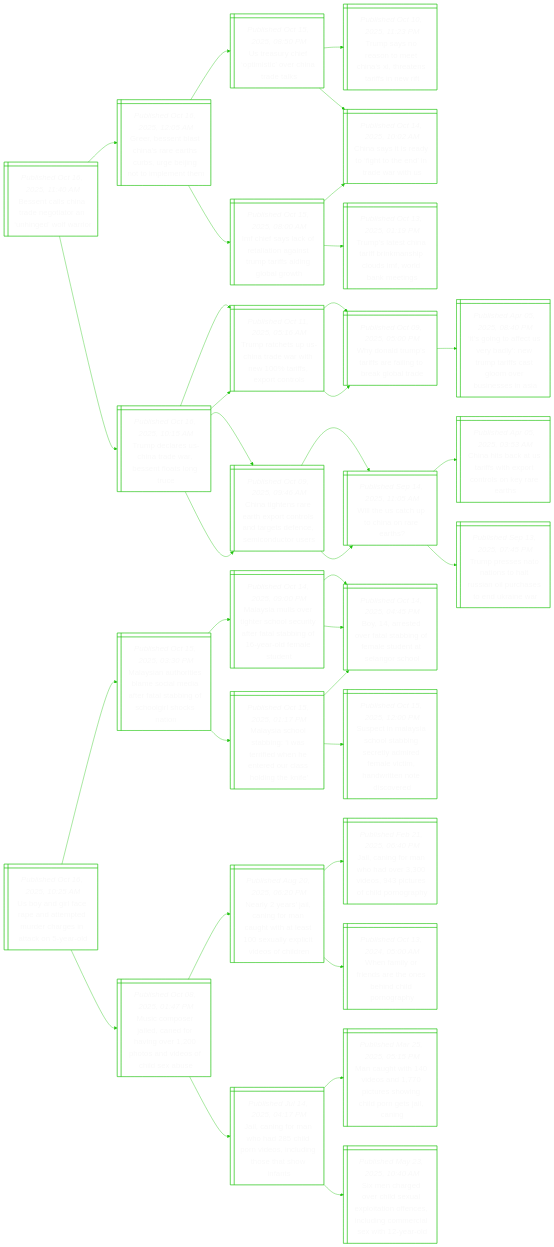
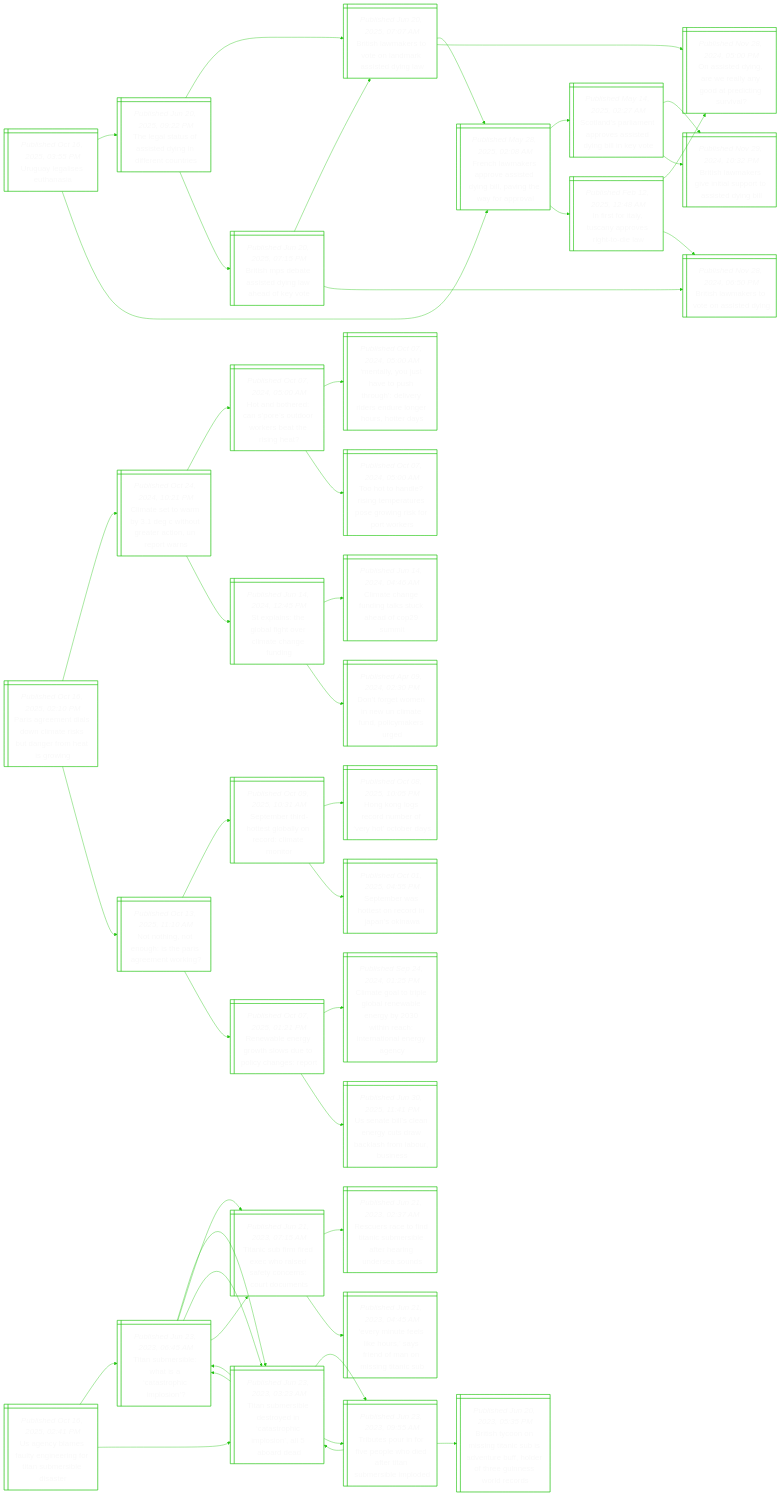
One commit to notJmes/notJmes changed the diagram in README.md. Above: the diagram before and after it, drawn with Mermaid. The commit also changed other lines of this file, not shown here.

````diff
--- a/README.md
+++ b/README.md
@@ -16,115 +16,142 @@
 flowchart LR
 classDef txtsize font-size:20px;
 
-Bnlndoonefi@{ shape: win-pane, label: "_Published Oct 16, 2025, 11:40 AM_
-Bessent calls china trade negotiator an ‘unhinged’ wolf warrior" }
-GBnsnrtrgjomee@{ shape: win-pane, label: "_Published Oct 16, 2025, 12:05 AM_
-Greer, bessent blast china’s rare earths curbs, urge beijing not to implement them" }
-Uacoiohra@{ shape: win-pane, label: "_Published Oct 15, 2025, 08:50 PM_
-Us treasury chief ‘optimistic’ over china trade talks" }
-Tsooeiiatfet@{ shape: win-pane, label: "_Published Oct 10, 2025, 11:23 PM_
-Trump says no reason to meet china's xi, threatens tariffs in new rift" }
-Cstaftetwt@{ shape: win-pane, label: "_Published Oct 14, 2025, 10:02 AM_
-China says it is ready to ‘fight to the end’ in trade war with us" }
-Iiykttgtpfdlgh@{ shape: win-pane, label: "_Published Oct 15, 2025, 08:00 AM_
-Imf chief says lack of retaliation against trump tariffs aiding global growth" }
-Tssniincsoaes@{ shape: win-pane, label: "_Published Oct 13, 2025, 01:19 PM_
-Trump’s latest china tariff brinkmanship clouds imf, world bank meetings" }
-Cstaftetwt@{ shape: win-pane, label: "_Published Oct 14, 2025, 10:02 AM_
-China says it is ready to ‘fight to the end’ in trade war with us" }
-TdrCtwsfst@{ shape: win-pane, label: "_Published Oct 16, 2025, 10:15 AM_
-Trump declares us-china trade war, bessent floats long truce" }
-TreUndweixco@{ shape: win-pane, label: "_Published Oct 11, 2025, 05:16 AM_
-Trump ratchets up us-china trade war with new 100% tariffs, export controls" }
-Wnrtffnrlt@{ shape: win-pane, label: "_Published Oct 09, 2025, 05:00 PM_
-Why donald trump’s tariffs are failing to break global trade" }
-Ctertonsasnmdrs@{ shape: win-pane, label: "_Published Oct 09, 2025, 09:46 AM_
-China tightens rare earth export controls and targets defence, semiconductor users" }
-Whapira@{ shape: win-pane, label: "_Published Sep 14, 2025, 11:05 AM_
-Will the us catch up to china on rare earths?" }
+Uaasaa@{ shape: win-pane, label: "_Published Oct 16, 2025, 03:55 PM_
+Uruguay legalises euthanasia" }
+Tgafsynecr@{ shape: win-pane, label: "_Published Jun 20, 2025, 09:22 PM_
+The legal status of assisted dying in different countries" }
+Bsmstaridl@{ shape: win-pane, label: "_Published Jun 20, 2025, 07:07 AM_
+British lawmakers to vote on landmark assisted dying law" }
+FhaavidBatypa@{ shape: win-pane, label: "_Published May 28, 2025, 02:08 AM_
+French lawmakers approve assisted dying bill, paving the way for approval" }
+Oidaryopcsv@{ shape: win-pane, label: "_Published Nov 28, 2024, 05:00 PM_
+On assisted dying, are we really any good at predicting survival?" }
+Bsdesyaaee@{ shape: win-pane, label: "_Published Jun 20, 2025, 07:15 PM_
+British mps debate assisted dying law ahead of key vote" }
+Bsmstaridl@{ shape: win-pane, label: "_Published Jun 20, 2025, 07:07 AM_
+British lawmakers to vote on landmark assisted dying law" }
+Bsmstsen@{ shape: win-pane, label: "_Published Nov 28, 2024, 06:50 PM_
+British lawmakers to vote on assisted dying" }
+FhaavidBatypa@{ shape: win-pane, label: "_Published May 28, 2025, 02:08 AM_
+French lawmakers approve assisted dying bill, paving the way for approval" }
+SaampeidBno@{ shape: win-pane, label: "_Published May 14, 2025, 02:27 AM_
+Scotland’s parliament approves assisted dying bill in key vote" }
+Bsmsiaposyi@{ shape: win-pane, label: "_Published Nov 29, 2024, 10:32 PM_
+British lawmakers give initial support to assisted dying bill" }
+Bsmsiaposyi@{ shape: win-pane, label: "_Published Nov 29, 2024, 10:32 PM_
+British lawmakers give initial support to assisted dying bill" }
+IsITnrrtl@{ shape: win-pane, label: "_Published Feb 12, 2025, 12:48 AM_
+In first for italy, tuscany approves right-to-die law" }
+Oidaryopcsv@{ shape: win-pane, label: "_Published Nov 28, 2024, 05:00 PM_
+On assisted dying, are we really any good at predicting survival?" }
+Bsmstsen@{ shape: win-pane, label: "_Published Nov 28, 2024, 06:50 PM_
+British lawmakers to vote on assisted dying" }
 
-Bnlndoonefi:::txtsize --> GBnsnrtrgjomee:::txtsize
-GBnsnrtrgjomee:::txtsize --> Uacoiohra:::txtsize
-Uacoiohra:::txtsize --> Tsooeiiatfet:::txtsize
-Uacoiohra:::txtsize --> Cstaftetwt:::txtsize
-GBnsnrtrgjomee:::txtsize --> Iiykttgtpfdlgh:::txtsize
-Iiykttgtpfdlgh:::txtsize --> Tssniincsoaes:::txtsize
-Iiykttgtpfdlgh:::txtsize --> Cstaftetwt:::txtsize
-Bnlndoonefi:::txtsize --> TdrCtwsfst:::txtsize
-TdrCtwsfst:::txtsize --> TreUndweixco:::txtsize
-TreUndweixco:::txtsize --> Wnrtffnrlt:::txtsize
-TdrCtwsfst:::txtsize --> Ctertonsasnmdrs:::txtsize
-Ctertonsasnmdrs:::txtsize --> Whapira:::txtsize
+Uaasaa:::txtsize --> Tgafsynecr:::txtsize
+Tgafsynecr:::txtsize --> Bsmstaridl:::txtsize
+Bsmstaridl:::txtsize --> FhaavidBatypa:::txtsize
+Bsmstaridl:::txtsize --> Oidaryopcsv:::txtsize
+Tgafsynecr:::txtsize --> Bsdesyaaee:::txtsize
+Bsdesyaaee:::txtsize --> Bsmstaridl:::txtsize
+Bsdesyaaee:::txtsize --> Bsmstsen:::txtsize
+Uaasaa:::txtsize --> FhaavidBatypa:::txtsize
+FhaavidBatypa:::txtsize --> SaampeidBno:::txtsize
+SaampeidBno:::txtsize --> Bsmsiaposyi:::txtsize
+SaampeidBno:::txtsize --> Bsmsiaposyi:::txtsize
+FhaavidBatypa:::txtsize --> IsITnrrtl:::txtsize
+IsITnrrtl:::txtsize --> Oidaryopcsv:::txtsize
+IsITnrrtl:::txtsize --> Bsmstsen:::txtsize
 
-Uareatedaiayl@{ shape: win-pane, label: "_Published Oct 16, 2025, 10:25 AM_
-Us boy and girl face rape and attempted murder charges in attack on 5-year-old" }
-Msuibslarlbfolki@{ shape: win-pane, label: "_Published Oct 15, 2025, 03:30 PM_
-Malaysian authorities blame social media after fatal stabbing of schoolgirl shocks nation" }
-Mslehcsittagafee@{ shape: win-pane, label: "_Published Oct 14, 2025, 09:00 PM_
-Malaysia mulls over tighter school security after fatal stabbing of 16-year-old female student" }
-BrdfsifeeSgh@{ shape: win-pane, label: "_Published Oct 14, 2025, 04:45 PM_
-Boy, 14, arrested over fatal stabbing of female student at selangor school" }
-BrdfsifeeSgh@{ shape: win-pane, label: "_Published Oct 14, 2025, 04:45 PM_
-Boy, 14, arrested over fatal stabbing of female student at selangor school" }
-Mshtnsiwerrsiee@{ shape: win-pane, label: "_Published Oct 15, 2025, 01:17 PM_
-Malaysia school stabbing: ‘i was terrified when he entered our class holding the knife’" }
-BrdfsifeeSgh@{ shape: win-pane, label: "_Published Oct 14, 2025, 04:45 PM_
-Boy, 14, arrested over fatal stabbing of female student at selangor school" }
-Scaioageddltntosr@{ shape: win-pane, label: "_Published Oct 15, 2025, 12:00 PM_
-Suspect in malaysia school stabbing secretly admired female victim, handwritten note discovered" }
-Mcsiaoietdohes@{ shape: win-pane, label: "_Published Oct 08, 2025, 01:47 PM_
-Music composer jailed, caned for having over 1,200 photos and videos of child sex abuse" }
-Nyscgagteellvsin@{ shape: win-pane, label: "_Published Aug 20, 2025, 06:20 PM_
-Nearly 2 years’ jail, caning for man caught with at least 100 sexually explicit videos of children" }
-Jafnarotolnp@{ shape: win-pane, label: "_Published Feb 21, 2025, 06:40 PM_
-Jail, caning for man who had over 3,300 videos, 943 pictures of child pornography" }
-Waoeroecpgy@{ shape: win-pane, label: "_Published Oct 13, 2024, 05:00 AM_
-When family or friends are the ones behind child pornography" }
-Jafnalnolgesns@{ shape: win-pane, label: "_Published Jul 14, 2025, 04:17 PM_
-Jail, caning for man who had 285 child porn videos, including those that show infants" }
-Muidntsnlnja@{ shape: win-pane, label: "_Published Mar 25, 2025, 05:15 PM_
-Man caught with 140 videos and 1,770 pictures showing child porn gets jail, caning" }
-Sngelupaoccnmawed@{ shape: win-pane, label: "_Published May 23, 2025, 10:40 AM_
-Six men charged over child sexual exploitation offences, including commercial sex with 12-year-old" }
+Unaaeegiusdt@{ shape: win-pane, label: "_Published Oct 16, 2025, 02:41 PM_
+Us agency blames faulty engineering for titan submersible disaster" }
+Tsreitois@{ shape: win-pane, label: "_Published Jun 23, 2023, 06:45 AM_
+Titan submersible: what is a ‘catastrophic implosion’?" }
+Tsreriapmilrd@{ shape: win-pane, label: "_Published Jun 23, 2023, 03:23 AM_
+Titan submersible destroyed in ‘catastrophic implosion’, all 5 aboard dead" }
+Ttuoeldfiusid@{ shape: win-pane, label: "_Published Jun 23, 2023, 09:55 AM_
+Tributes pour in for five people who died after titan submersible imploded" }
+Tsreitois@{ shape: win-pane, label: "_Published Jun 23, 2023, 06:45 AM_
+Titan submersible: what is a ‘catastrophic implosion’?" }
+Tifixoeenstm@{ shape: win-pane, label: "_Published Jun 21, 2023, 07:15 AM_
+Titanic sub firm fired exec who raised safety concerns: court documents" }
+Recitsreridad@{ shape: win-pane, label: "_Published Jun 21, 2023, 02:37 AM_
+Rescuers race to find titanic submersible after hearing undersea sounds" }
+Emeshsroosic@{ shape: win-pane, label: "_Published Jun 21, 2023, 04:45 AM_
+‘every minute feels like hours,’ says friend of man on missing titanic sub" }
+Tsreriapmilrd@{ shape: win-pane, label: "_Published Jun 23, 2023, 03:23 AM_
+Titan submersible destroyed in ‘catastrophic implosion’, all 5 aboard dead" }
+Ttuoeldfiusid@{ shape: win-pane, label: "_Published Jun 23, 2023, 09:55 AM_
+Tributes pour in for five people who died after titan submersible imploded" }
+Tsreriapmilrd@{ shape: win-pane, label: "_Published Jun 23, 2023, 03:23 AM_
+Titan submersible destroyed in ‘catastrophic implosion’, all 5 aboard dead" }
+BsomnaudufdtGerc@{ shape: win-pane, label: "_Published Jun 20, 2023, 05:35 PM_
+British tycoon on missing titanic sub is adventure buff, holder of three guinness world records" }
+Tsreitois@{ shape: win-pane, label: "_Published Jun 23, 2023, 06:45 AM_
+Titan submersible: what is a ‘catastrophic implosion’?" }
+Tsreriapmilrd@{ shape: win-pane, label: "_Published Jun 23, 2023, 03:23 AM_
+Titan submersible destroyed in ‘catastrophic implosion’, all 5 aboard dead" }
+Tifixoeenstm@{ shape: win-pane, label: "_Published Jun 21, 2023, 07:15 AM_
+Titanic sub firm fired exec who raised safety concerns: court documents" }
 
-Uareatedaiayl:::txtsize --> Msuibslarlbfolki:::txtsize
-Msuibslarlbfolki:::txtsize --> Mslehcsittagafee:::txtsize
-Mslehcsittagafee:::txtsize --> BrdfsifeeSgh:::txtsize
-Mslehcsittagafee:::txtsize --> BrdfsifeeSgh:::txtsize
-Msuibslarlbfolki:::txtsize --> Mshtnsiwerrsiee:::txtsize
-Mshtnsiwerrsiee:::txtsize --> BrdfsifeeSgh:::txtsize
-Mshtnsiwerrsiee:::txtsize --> Scaioageddltntosr:::txtsize
-Uareatedaiayl:::txtsize --> Mcsiaoietdohes:::txtsize
-Mcsiaoietdohes:::txtsize --> Nyscgagteellvsin:::txtsize
-Nyscgagteellvsin:::txtsize --> Jafnarotolnp:::txtsize
-Nyscgagteellvsin:::txtsize --> Waoeroecpgy:::txtsize
-Mcsiaoietdohes:::txtsize --> Jafnalnolgesns:::txtsize
-Jafnalnolgesns:::txtsize --> Muidntsnlnja:::txtsize
-Jafnalnolgesns:::txtsize --> Sngelupaoccnmawed:::txtsize
+Unaaeegiusdt:::txtsize --> Tsreitois:::txtsize
+Tsreitois:::txtsize --> Tsreriapmilrd:::txtsize
+Tsreriapmilrd:::txtsize --> Ttuoeldfiusid:::txtsize
+Tsreriapmilrd:::txtsize --> Tsreitois:::txtsize
+Tsreitois:::txtsize --> Tifixoeenstm:::txtsize
+Tifixoeenstm:::txtsize --> Recitsreridad:::txtsize
+Tifixoeenstm:::txtsize --> Emeshsroosic:::txtsize
+Unaaeegiusdt:::txtsize --> Tsreriapmilrd:::txtsize
+Tsreriapmilrd:::txtsize --> Ttuoeldfiusid:::txtsize
+Ttuoeldfiusid:::txtsize --> Tsreriapmilrd:::txtsize
+Ttuoeldfiusid:::txtsize --> BsomnaudufdtGerc:::txtsize
+Tsreriapmilrd:::txtsize --> Tsreitois:::txtsize
+Tsreitois:::txtsize --> Tsreriapmilrd:::txtsize
+Tsreitois:::txtsize --> Tifixoeenstm:::txtsize
 
-TdrCtwsfst@{ shape: win-pane, label: "_Published Oct 16, 2025, 10:15 AM_
-Trump declares us-china trade war, bessent floats long truce" }
-TreUndweixco@{ shape: win-pane, label: "_Published Oct 11, 2025, 05:16 AM_
-Trump ratchets up us-china trade war with new 100% tariffs, export controls" }
-Wnrtffnrlt@{ shape: win-pane, label: "_Published Oct 09, 2025, 05:00 PM_
-Why donald trump’s tariffs are failing to break global trade" }
-IiatrlTtftmbeia@{ shape: win-pane, label: "_Published Apr 05, 2025, 08:40 PM_
-‘it’s going to affect us very badly’: new trump tariffs cast gloom over businesses in asia" }
-Ctertonsasnmdrs@{ shape: win-pane, label: "_Published Oct 09, 2025, 09:46 AM_
-China tightens rare earth export controls and targets defence, semiconductor users" }
-Whapira@{ shape: win-pane, label: "_Published Sep 14, 2025, 11:05 AM_
-Will the us catch up to china on rare earths?" }
-ChaUiipoleeh@{ shape: win-pane, label: "_Published Apr 05, 2025, 03:53 AM_
-China hits back at us tariffs with export controls on key rare earths" }
-Tpeoohunuserw@{ shape: win-pane, label: "_Published Sep 13, 2025, 07:45 PM_
-Trump presses nato nations to halt russian oil purchases to end ukraine war" }
+PAmioirbnrarg@{ shape: win-pane, label: "_Published Oct 16, 2025, 02:10 PM_
+Paris agreement dials down climate risks but danger from heat is growing" }
+Cttmghrroew@{ shape: win-pane, label: "_Published Oct 24, 2024, 10:21 PM_
+Climate set to warm by 3.1 deg c without greater action, un report warns" }
+Hdeartwrtih@{ shape: win-pane, label: "_Published Oct 07, 2024, 05:00 AM_
+Hot and bothered: can s’pore’s outdoor workers beat the rising heat?" }
+Mluhotgirsrguta@{ shape: win-pane, label: "_Published Oct 07, 2024, 05:00 AM_
+‘mentally, you just have to push through’: delivery riders endure longer hours, hotter days" }
+Ttnitreeispos@{ shape: win-pane, label: "_Published Oct 07, 2024, 05:00 AM_
+Too hot to handle? rising temperatures pose growing risk for port workers" }
+SlToivicei@{ shape: win-pane, label: "_Published Jun 14, 2024, 12:45 PM_
+St explains: the global fight over climate change funding" }
+Ctnntsaost@{ shape: win-pane, label: "_Published Jun 14, 2024, 04:46 AM_
+Climate change funding talks stuck ahead of cop29 summit" }
+DowiUmulau@{ shape: win-pane, label: "_Published Apr 09, 2024, 02:30 PM_
+Don’t forget women in new un climate fund, policymakers urged" }
+Ntnosager@{ shape: win-pane, label: "_Published Oct 13, 2025, 11:10 AM_
+Not nothing, not enough: is the paris agreement working?" }
+Smhotanrmor@{ shape: win-pane, label: "_Published Oct 09, 2025, 10:31 AM_
+September third-hottest globally on record: climate monitor" }
+Hogomfhtd@{ shape: win-pane, label: "_Published Oct 08, 2025, 10:05 PM_
+Hong kong logs record number of ‘very hot’ october days" }
+SmatnraOw@{ shape: win-pane, label: "_Published Oct 01, 2025, 04:55 PM_
+September was hottest on record in japan’s okinawa" }
+Ranghsocne@{ shape: win-pane, label: "_Published Oct 07, 2025, 01:21 PM_
+Renewable energy growth slows due to policy changes: report" }
+Ctlilranbhattlgn@{ shape: win-pane, label: "_Published Sep 24, 2024, 01:25 PM_
+Climate goal to triple global renewable energy by 2030 within reach: international energy agency" }
+Ualeeuakfabe@{ shape: win-pane, label: "_Published Jun 30, 2025, 11:41 PM_
+Us senate bill’s clean energy cuts draw backlash from labour, business" }
 
-TdrCtwsfst:::txtsize --> TreUndweixco:::txtsize
-TreUndweixco:::txtsize --> Wnrtffnrlt:::txtsize
-Wnrtffnrlt:::txtsize --> IiatrlTtftmbeia:::txtsize
-TdrCtwsfst:::txtsize --> Ctertonsasnmdrs:::txtsize
-Ctertonsasnmdrs:::txtsize --> Whapira:::txtsize
-Whapira:::txtsize --> ChaUiipoleeh:::txtsize
-Whapira:::txtsize --> Tpeoohunuserw:::txtsize
+PAmioirbnrarg:::txtsize --> Cttmghrroew:::txtsize
+Cttmghrroew:::txtsize --> Hdeartwrtih:::txtsize
+Hdeartwrtih:::txtsize --> Mluhotgirsrguta:::txtsize
+Hdeartwrtih:::txtsize --> Ttnitreeispos:::txtsize
+Cttmghrroew:::txtsize --> SlToivicei:::txtsize
+SlToivicei:::txtsize --> Ctnntsaost:::txtsize
+SlToivicei:::txtsize --> DowiUmulau:::txtsize
+PAmioirbnrarg:::txtsize --> Ntnosager:::txtsize
+Ntnosager:::txtsize --> Smhotanrmor:::txtsize
+Smhotanrmor:::txtsize --> Hogomfhtd:::txtsize
+Smhotanrmor:::txtsize --> SmatnraOw:::txtsize
+Ntnosager:::txtsize --> Ranghsocne:::txtsize
+Ranghsocne:::txtsize --> Ctlilranbhattlgn:::txtsize
+Ranghsocne:::txtsize --> Ualeeuakfabe:::txtsize
 
 ```
````
